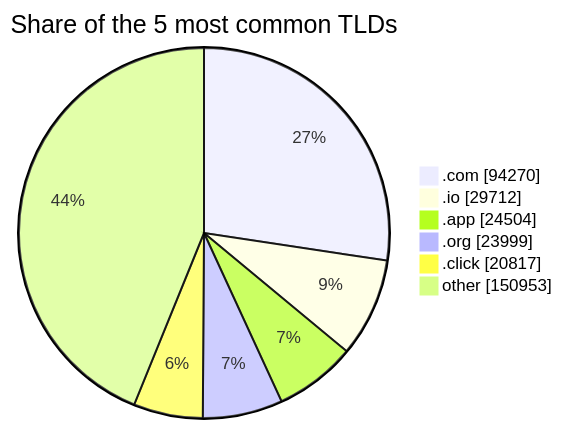
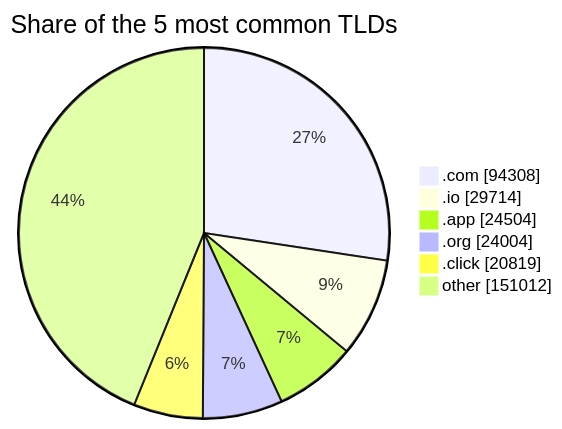
The third of 3 diagrams in README.md (DNSBunker/CTI), drawn with Mermaid before and after one commit. The commit also changed other lines of this file and 3 other files, not shown here.

````diff
--- a/README.md
+++ b/README.md
@@ -81,9 +81,9 @@
 ```mermaid
 pie showData title Share of the 5 most common TLDs
-    ".com" : 94270
-    ".io" : 29712
+    ".com" : 94308
+    ".io" : 29714
     ".app" : 24504
-    ".org" : 23999
-    ".click" : 20817
-    "other" : 150953
+    ".org" : 24004
+    ".click" : 20819
+    "other" : 151012
 ```
````
